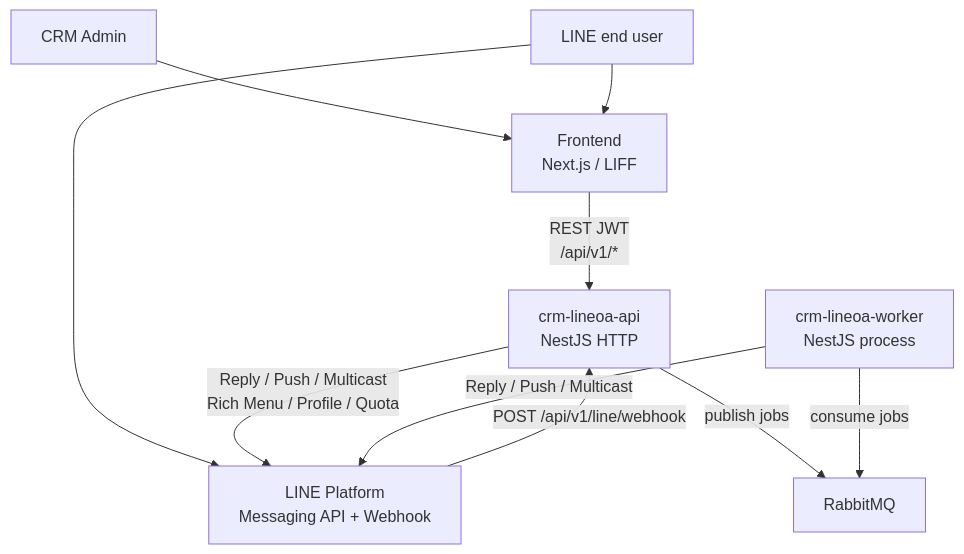
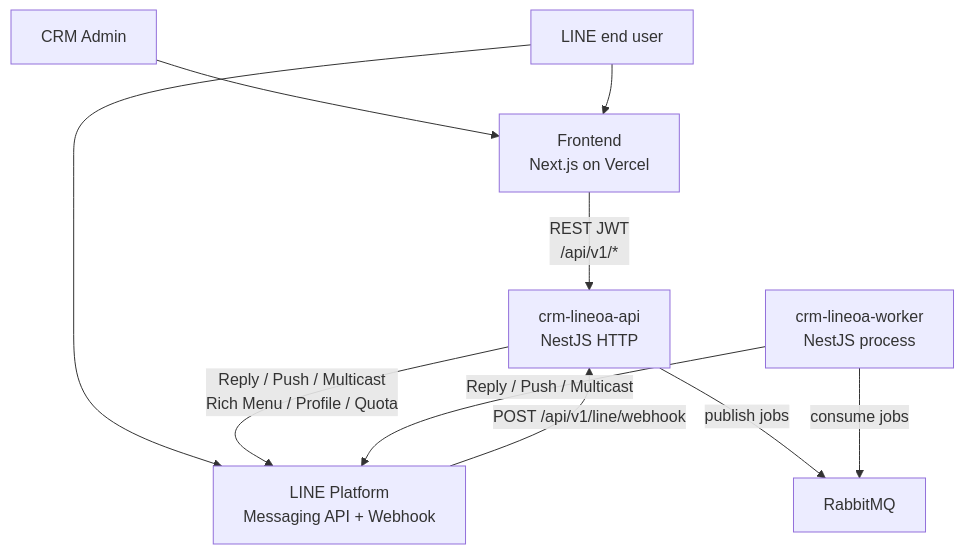
One commit to kittiBank/crm-lineoa-api changed the second of 3 diagrams in docs/architecture/01-context.md. Above: the diagram before and after it, drawn with Mermaid. The commit also changed other lines of this file and 1 other file, not shown here.

Commit message:
docs: update architecture for Vercel, GCP, Neon, and GCS

````diff
--- a/docs/architecture/01-context.md
+++ b/docs/architecture/01-context.md
@@ -40,22 +40,22 @@
 ```mermaid
 flowchart TB
   Admin[CRM Admin]
   EndUser[LINE end user]
 
-  FE[Frontend<br/>Next.js / LIFF]
+  FE[Frontend<br/>Next.js on Vercel]
   API[crm-lineoa-api<br/>NestJS HTTP]
   W[crm-lineoa-worker<br/>NestJS process]
   LINE[LINE Platform<br/>Messaging API + Webhook]
 
   Admin --> FE
   EndUser --> LINE
   EndUser --> FE
 
   FE -->|REST JWT<br/>/api/v1/*| API
   LINE -->|POST /api/v1/line/webhook| API
   API -->|Reply / Push / Multicast<br/>Rich Menu / Profile / Quota| LINE
   W -->|Reply / Push / Multicast| LINE
 
   API -->|publish jobs| MQ[RabbitMQ]
   W -->|consume jobs| MQ
 ```
````
